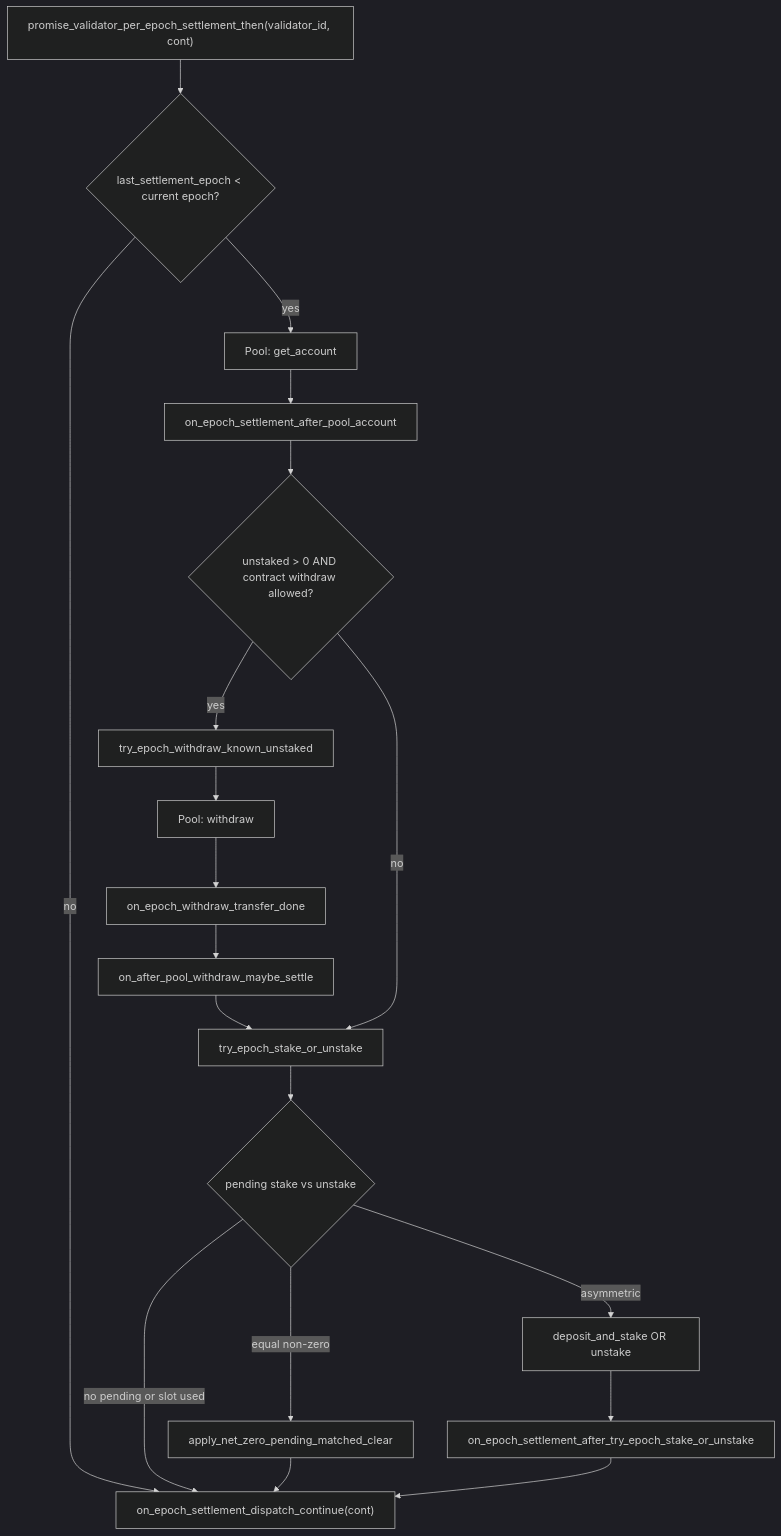
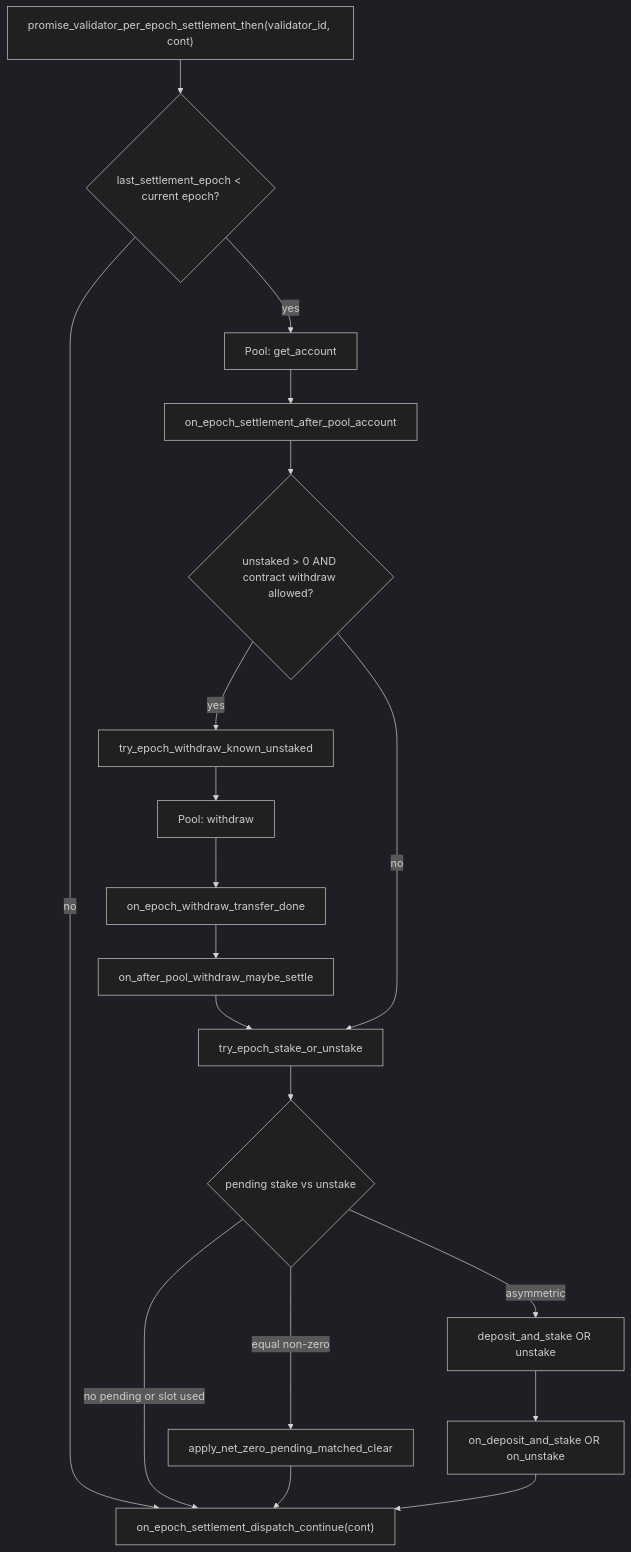
One commit to nearai/house-of-stake-contracts changed the diagram in staking-contract/docs/features/lazy-epoch-pipeline.md. Above: the diagram before and after it, drawn with Mermaid (dark theme). The commit also changed other lines of this file and 3 other files, not shown here.

````diff
--- a/staking-contract/docs/features/lazy-epoch-pipeline.md
+++ b/staking-contract/docs/features/lazy-epoch-pipeline.md
@@ -101,29 +102,29 @@
 ```mermaid
 flowchart TD
   START["promise_validator_per_epoch_settlement_then(validator_id, cont)"]
   FAST{last_settlement_epoch < current epoch?}
   DISPATCH["on_epoch_settlement_dispatch_continue(cont)"]
   GA["Pool: get_account"]
   POOL_CB["on_epoch_settlement_after_pool_account"]
   WD{unstaked > 0 AND contract withdraw allowed?}
   WDRAW["try_epoch_withdraw_known_unstaked"]
   PW["Pool: withdraw"]
   WDONE["on_epoch_withdraw_transfer_done"]
   AFTER_W["on_after_pool_withdraw_maybe_settle"]
   NET{pending stake vs unstake}
   EZERO["apply_net_zero_pending_matched_clear"]
   TES["try_epoch_stake_or_unstake"]
   POOL_OP["deposit_and_stake OR unstake"]
-  AFTER_S["on_epoch_settlement_after_try_epoch_stake_or_unstake"]
+  POOL_DONE["on_deposit_and_stake OR on_unstake"]
 
   START --> FAST
   FAST -->|no| DISPATCH
   FAST -->|yes| GA --> POOL_CB
   POOL_CB --> WD
   WD -->|yes| WDRAW --> PW --> WDONE --> AFTER_W --> TES
   WD -->|no| TES
   TES --> NET
   NET -->|no pending or slot used| DISPATCH
   NET -->|equal non-zero| EZERO --> DISPATCH
-  NET -->|asymmetric| POOL_OP --> AFTER_S --> DISPATCH
+  NET -->|asymmetric| POOL_OP --> POOL_DONE --> DISPATCH
 ```
````
